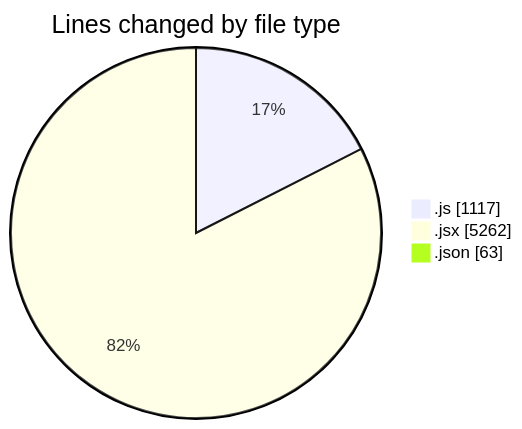
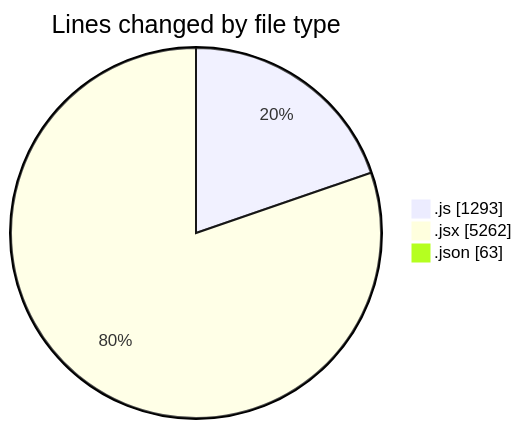
One commit to nxtqubesakshisongat/code-tracking changed the first of 2 diagrams in 2025-08-07/nxtqube_webapp/README.md. Above: the diagram before and after it, drawn with Mermaid. The commit also changed other lines of this file and 1 other file, not shown here.

````diff
--- a/2025-08-07/nxtqube_webapp/README.md
+++ b/2025-08-07/nxtqube_webapp/README.md
@@ -25,7 +25,7 @@
 ```mermaid
 pie showData
 title Lines changed by file type
-".js" : 1117
+".js" : 1293
 ".jsx" : 5262
 ".json" : 63
 ```
````
